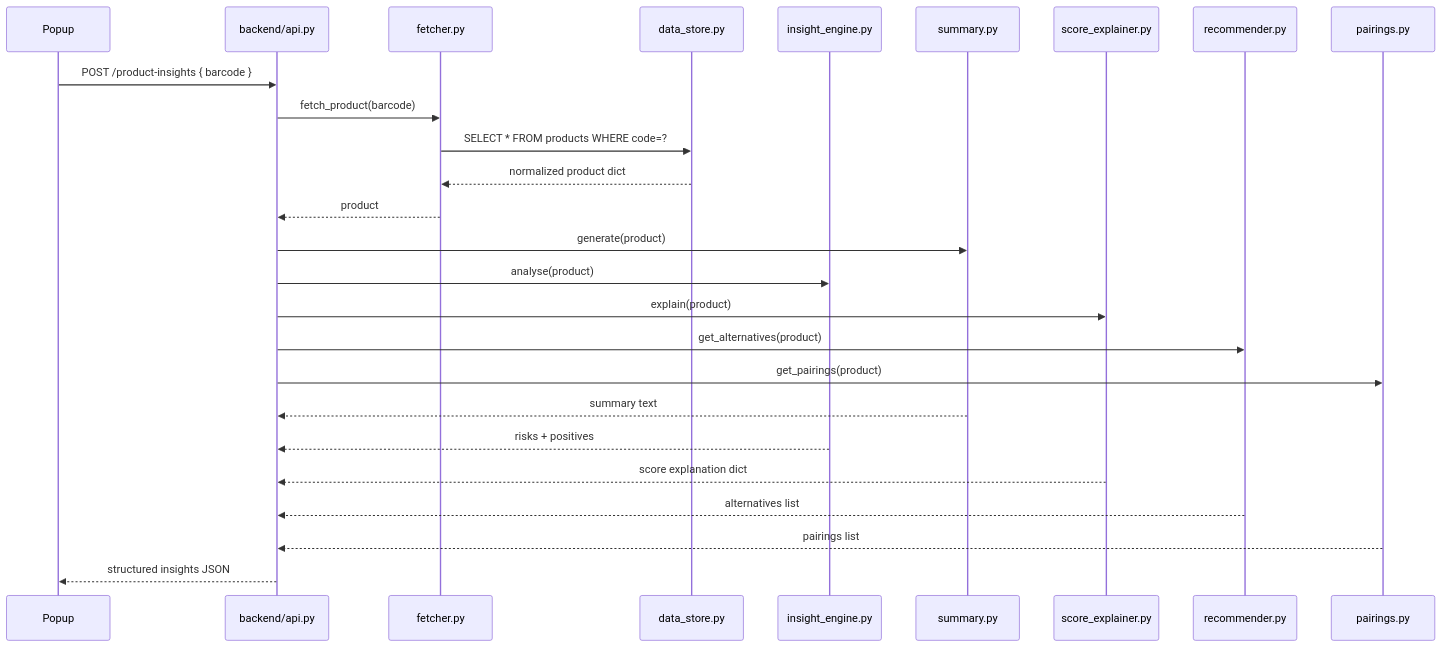
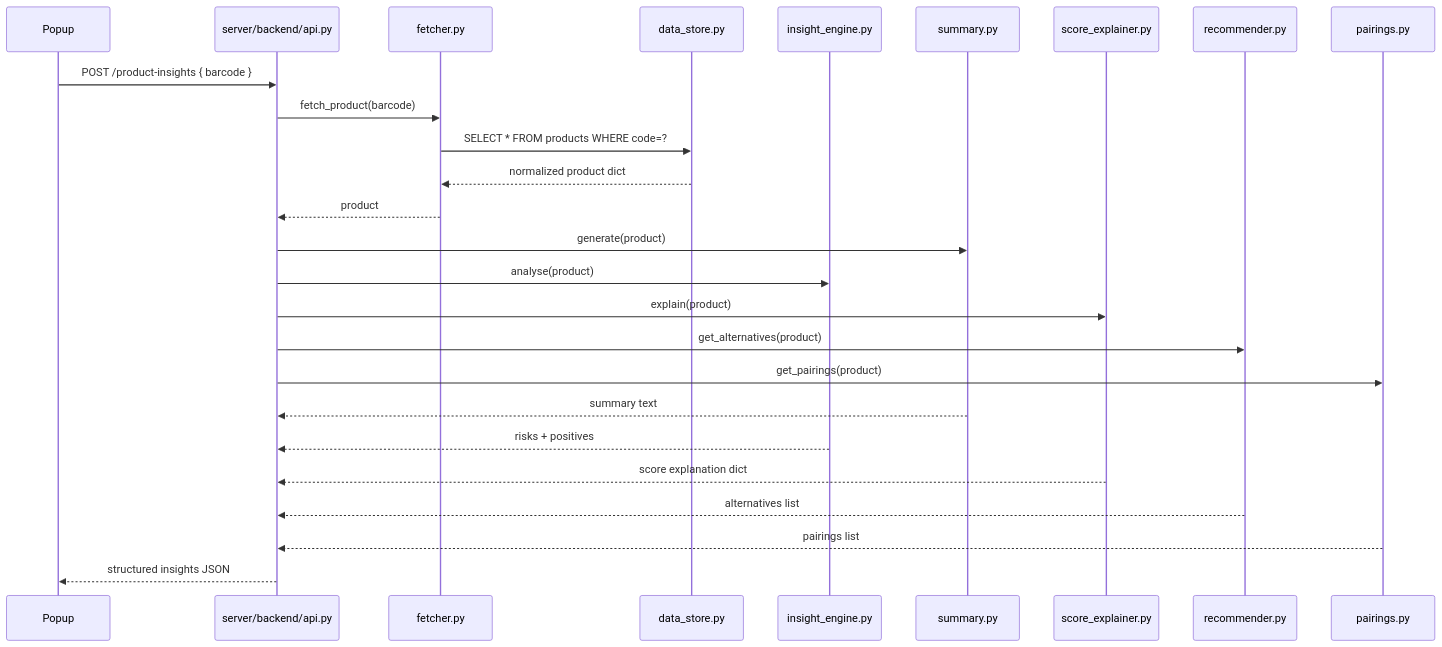
One commit to SaitejaKommi/off-ai-experiments-B changed the second of 3 diagrams in prototype.md. Above: the diagram before and after it, drawn with Mermaid. The commit also changed other lines of this file and 35 other files, not shown here.

````diff
--- a/prototype.md
+++ b/prototype.md
@@ -114,32 +114,32 @@
 ```mermaid
 sequenceDiagram
     participant P as Popup
-    participant A as backend/api.py
+    participant A as server/backend/api.py
     participant F as fetcher.py
     participant D as data_store.py
     participant I as insight_engine.py
     participant S as summary.py
     participant E as score_explainer.py
     participant R as recommender.py
     participant G as pairings.py
 
     P->>A: POST /product-insights { barcode }
     A->>F: fetch_product(barcode)
     F->>D: SELECT * FROM products WHERE code=?
     D-->>F: normalized product dict
     F-->>A: product
 
     A->>S: generate(product)
     A->>I: analyse(product)
     A->>E: explain(product)
     A->>R: get_alternatives(product)
     A->>G: get_pairings(product)
 
     S-->>A: summary text
     I-->>A: risks + positives
     E-->>A: score explanation dict
     R-->>A: alternatives list
     G-->>A: pairings list
 
     A-->>P: structured insights JSON
 ```
````
